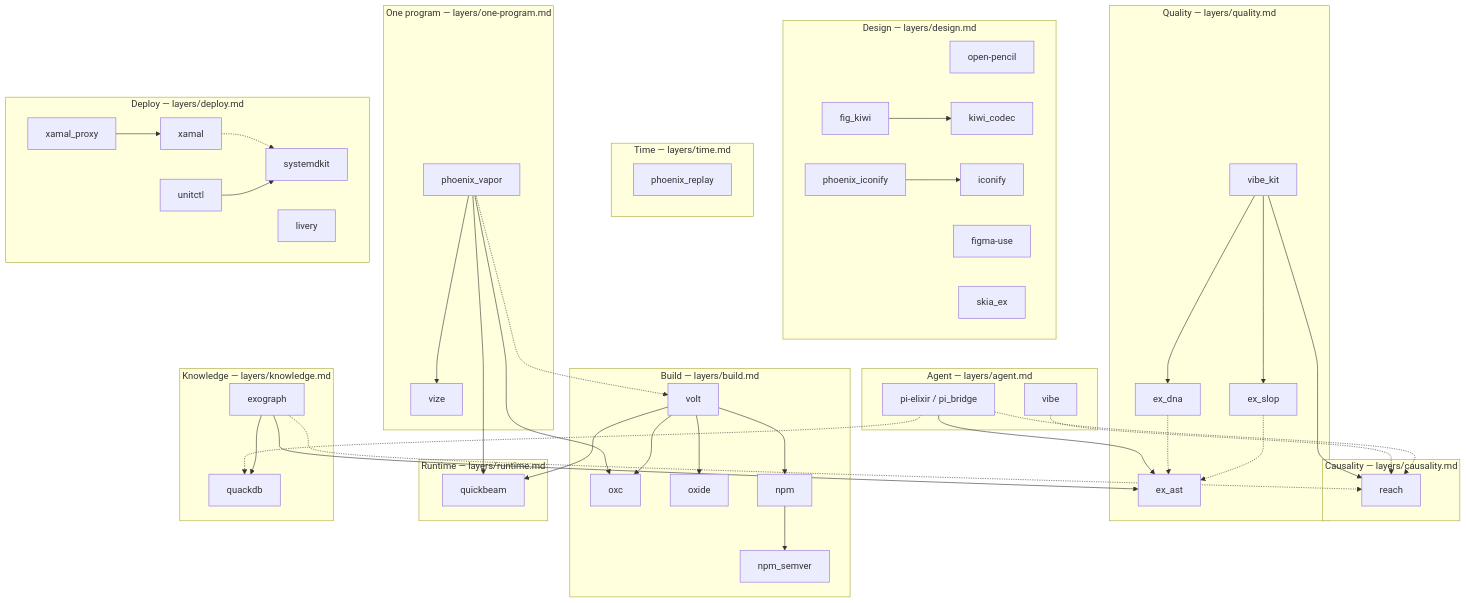
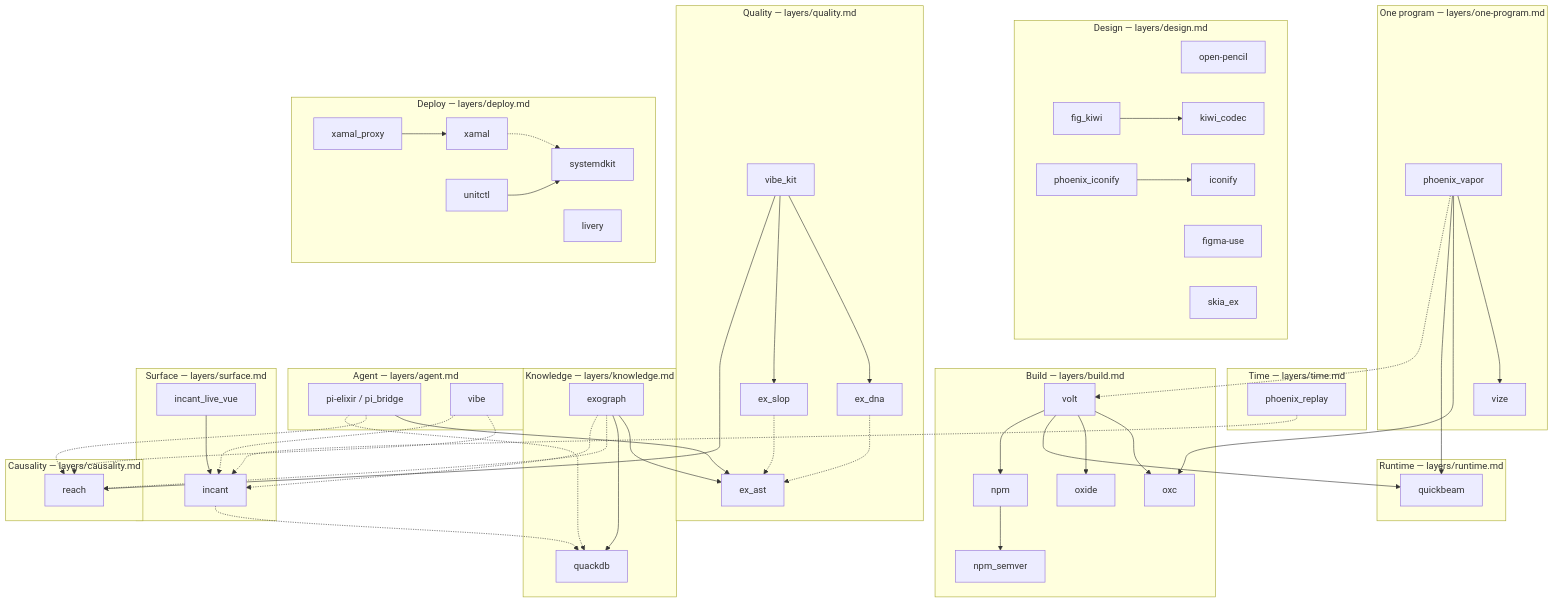
Before and after one commit to elixir-vibe/building-blocks: the diagram in architecture/packages.md, drawn with Mermaid. The commit also changed other lines of this file and 5 other files, not shown here.

First line of the commit message:
Add the Surface layer (Incant): the operational state, one queryable plane

````diff
--- a/architecture/packages.md
+++ b/architecture/packages.md
@@ -70,6 +70,11 @@
         unitctl["unitctl"]
     end
 
+    subgraph SURFACE["Surface — layers/surface.md"]
+        incant["incant"]
+        incant_live_vue["incant_live_vue"]
+    end
+
     fig_kiwi --> kiwi_codec
     phoenix_iconify --> iconify_pkg
     vibe_kit --> ex_dna
@@ -96,4 +101,9 @@
     xamal_proxy --> xamal
     xamal -.-> systemdkit
     unitctl --> systemdkit
+    incant_live_vue --> incant
+    incant -.-> quackdb
+    phoenix_replay -.-> incant
+    exograph -.-> incant
+    vibe -.-> incant
 ```
````
